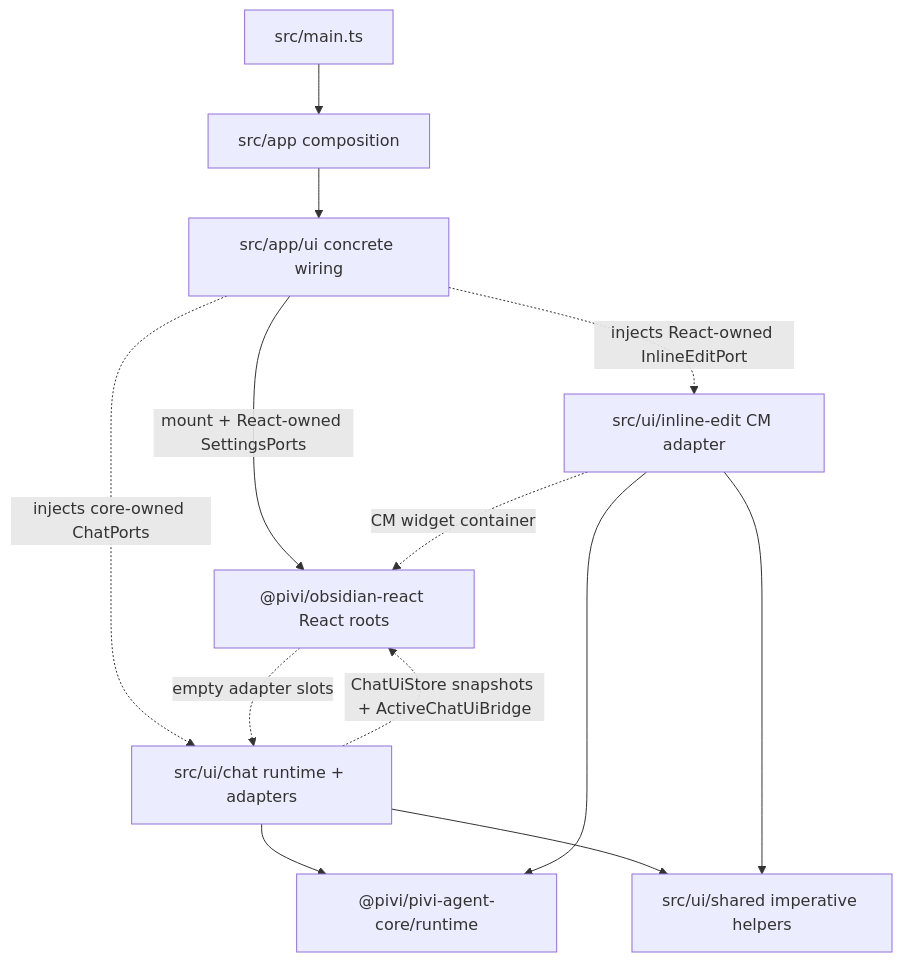
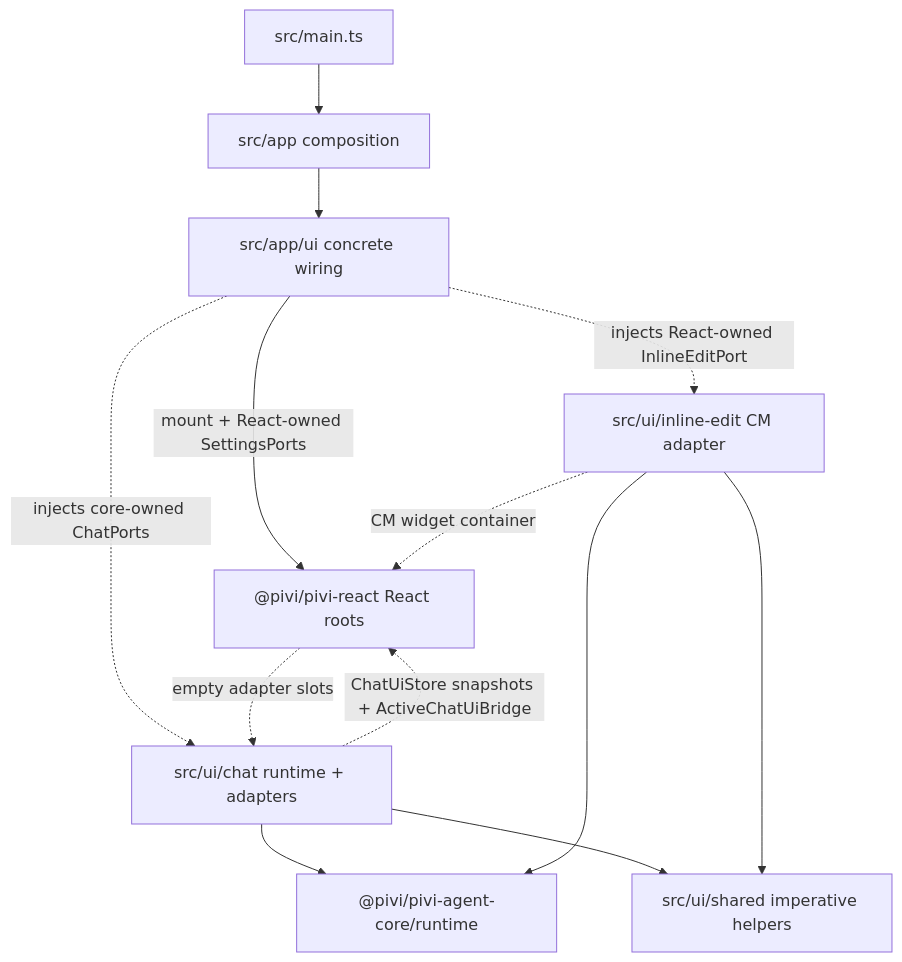
One commit to shuuul/obsidian-pivi changed the diagram in src/ui/AGENTS.md. Above: the diagram before and after it, drawn with Mermaid. The commit also changed other lines of this file and 290 other files, not shown here.

First line of the commit message:
refactor(architecture): make React UI product-owned

````diff
--- a/src/ui/AGENTS.md
+++ b/src/ui/AGENTS.md
@@ -13,15 +13,15 @@
 ```mermaid
 flowchart TD
   Main["src/main.ts"] --> App["src/app composition"]
   App --> AppUI["src/app/ui concrete wiring"]
-  AppUI -- "mount + React-owned SettingsPorts" --> ReactUI["@pivi/obsidian-react React roots"]
+  AppUI -- "mount + React-owned SettingsPorts" --> ReactUI["@pivi/pivi-react React roots"]
   AppUI -. "injects core-owned ChatPorts" .-> Chat["src/ui/chat runtime + adapters"]
   AppUI -. "injects React-owned InlineEditPort" .-> Inline["src/ui/inline-edit CM adapter"]
   Chat -. "ChatUiStore snapshots + ActiveChatUiBridge" .-> ReactUI
   ReactUI -. "empty adapter slots" .-> Chat
   Inline -. "CM widget container" .-> ReactUI
   Chat --> Runtime["@pivi/pivi-agent-core/runtime"]
   Inline --> Runtime
   Chat --> Shared["src/ui/shared imperative helpers"]
   Inline --> Shared
 ```
````
